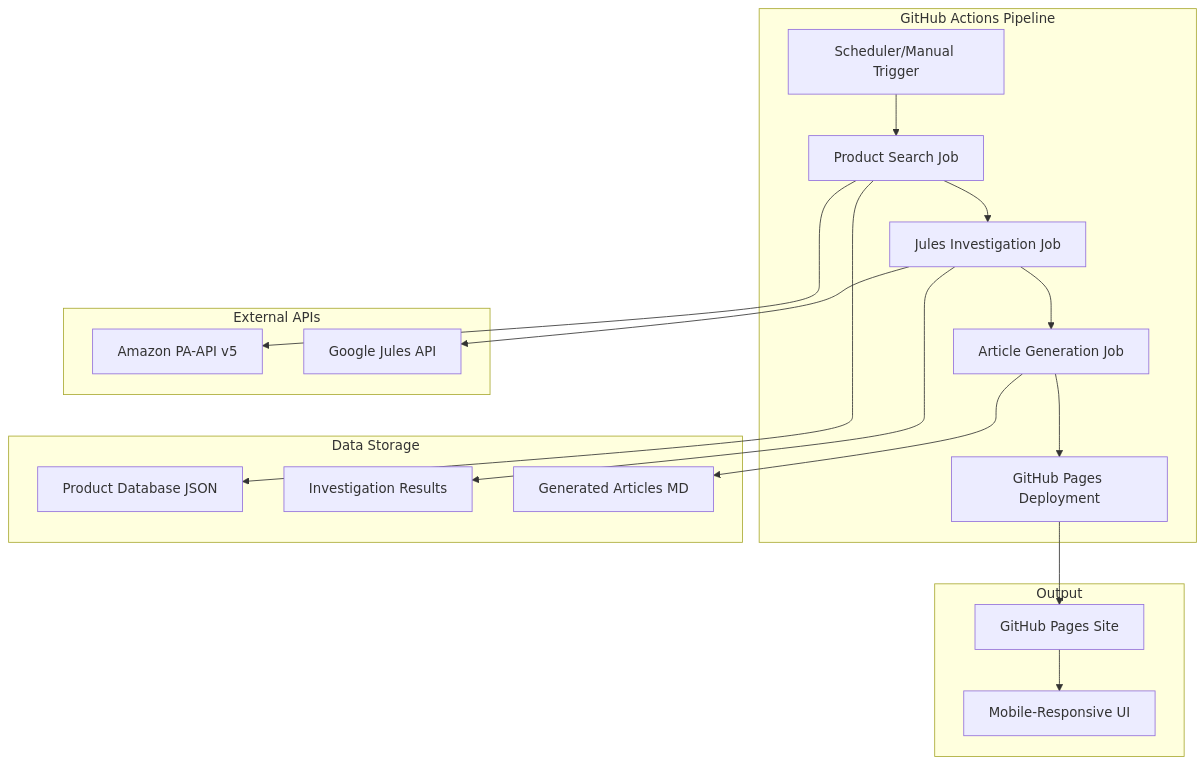
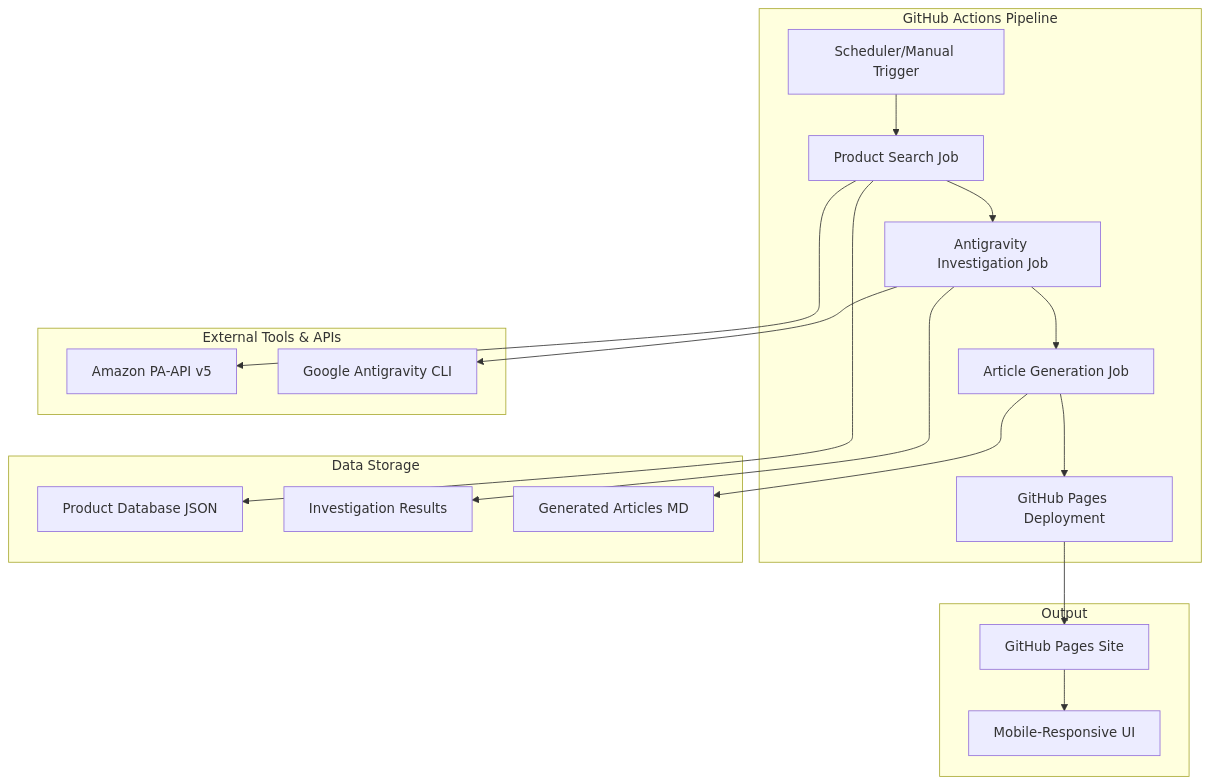
One commit to aegisfleet/amazon-product-article changed the first of 2 diagrams in .kiro/specs/amazon-product-research-system/design.md. Above: the diagram before and after it, drawn with Mermaid. The commit also changed other lines of this file and 9 other files, not shown here.

````diff
--- a/.kiro/specs/amazon-product-research-system/design.md
+++ b/.kiro/specs/amazon-product-research-system/design.md
@@ -11,33 +11,33 @@
 ```mermaid
 graph TB
     subgraph "GitHub Actions Pipeline"
         A[Scheduler/Manual Trigger] --> B[Product Search Job]
-        B --> C[Jules Investigation Job]
+        B --> C[Antigravity Investigation Job]
         C --> D[Article Generation Job]
         D --> E[GitHub Pages Deployment]
     end
     
-    subgraph "External APIs"
+    subgraph "External Tools & APIs"
         F[Amazon PA-API v5]
-        G[Google Jules API]
+        G[Google Antigravity CLI]
     end
     
     subgraph "Data Storage"
         H[Product Database JSON]
         I[Investigation Results]
         J[Generated Articles MD]
     end
     
     subgraph "Output"
         K[GitHub Pages Site]
         L[Mobile-Responsive UI]
     end
     
     B --> F
     C --> G
     B --> H
     C --> I
     D --> J
     E --> K
     K --> L
 ```
````
